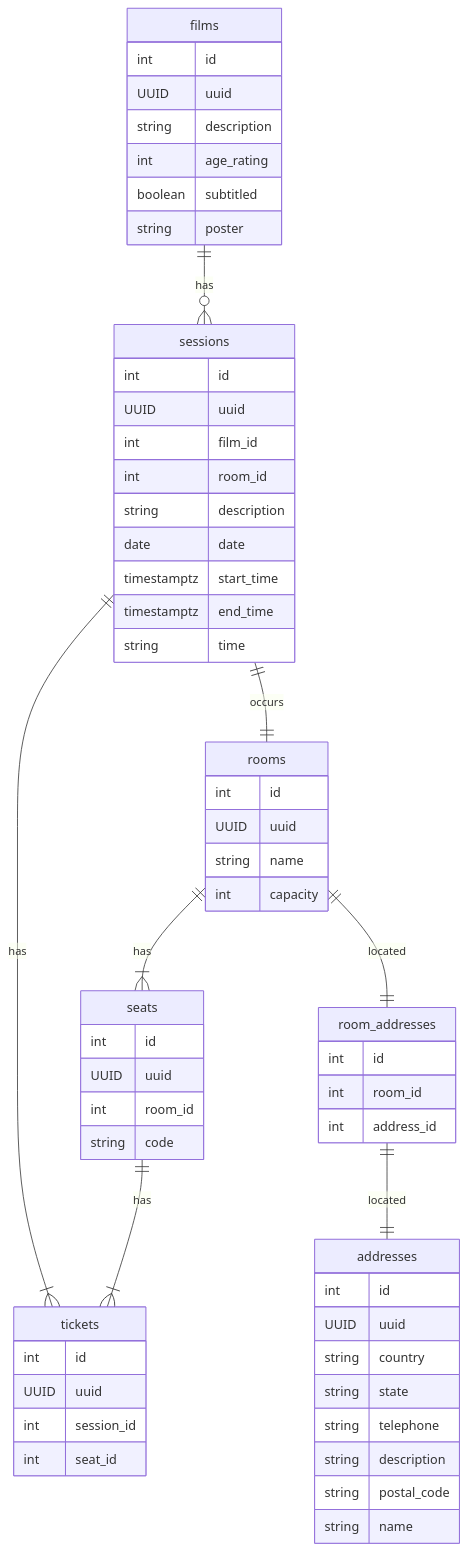
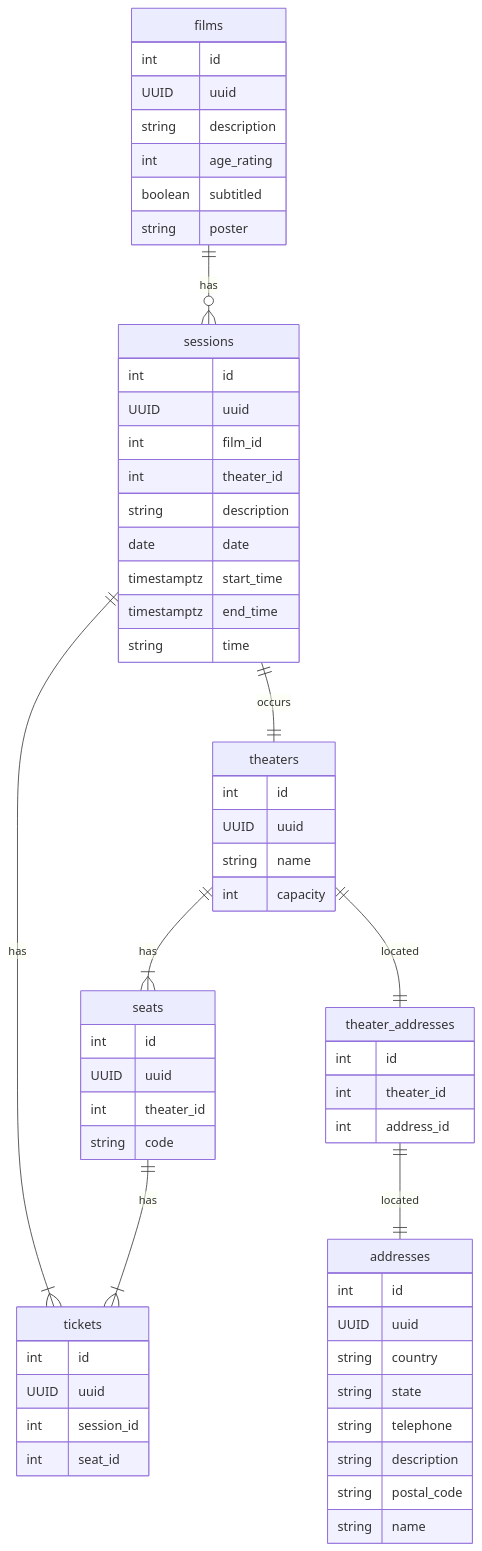
The second of 2 diagrams in README.md (jtonynet/cine-catalogo), drawn with Mermaid before and after one commit. The commit also changed other lines of this file, not shown here.

Commit message:
fix: event storm image

````diff
--- a/README.md
+++ b/README.md
@@ -146,63 +147,63 @@
 ```mermaid
 erDiagram 
     films {
         int id
         UUID uuid
         string description
         int age_rating
         boolean subtitled
         string poster
     }
     sessions {
         int id
         UUID uuid
         int film_id
-        int room_id
+        int theater_id
         string description
         date date
         timestamptz start_time
         timestamptz end_time
         string time
     }
-    rooms {
+    theaters {
         int id
         UUID uuid
         string name
         int capacity
     }
     seats {
         int id
         UUID uuid
-        int room_id
+        int theater_id
         string code
     }
     tickets {
         int id
         UUID uuid
         int session_id
         int seat_id
     }
     addresses {
         int id
         UUID uuid
         string country
         string state
         string telephone
         string description
         string postal_code
         string name
     }
-    room_addresses {
+    theater_addresses {
         int id
-        int room_id
+        int theater_id
         int address_id
     }
 
     films ||--o{ sessions : has
-    sessions ||--|| rooms : occurs
-    rooms ||--|{ seats : has
+    sessions ||--|| theaters : occurs
+    theaters ||--|{ seats : has
     sessions ||--|{ tickets : has
     seats ||--|{ tickets : has
-    rooms ||--|| room_addresses : located
-    room_addresses ||--|| addresses : located
+    theaters ||--|| theater_addresses : located
+    theater_addresses ||--|| addresses : located
 ```
````
